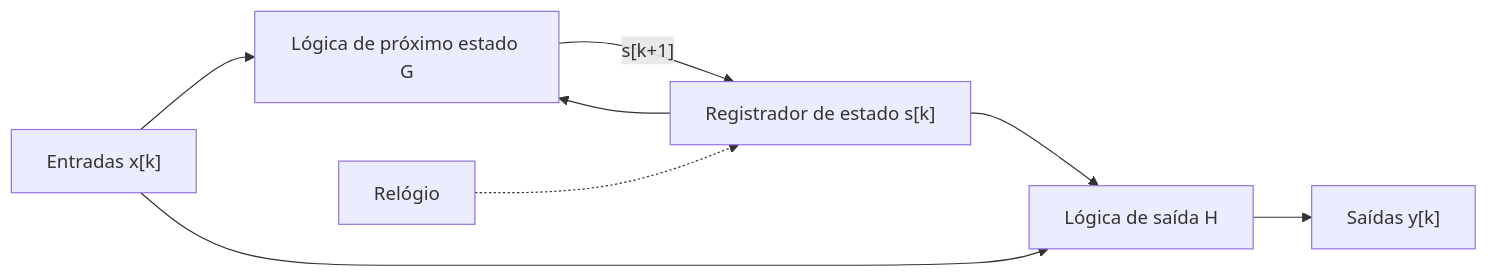
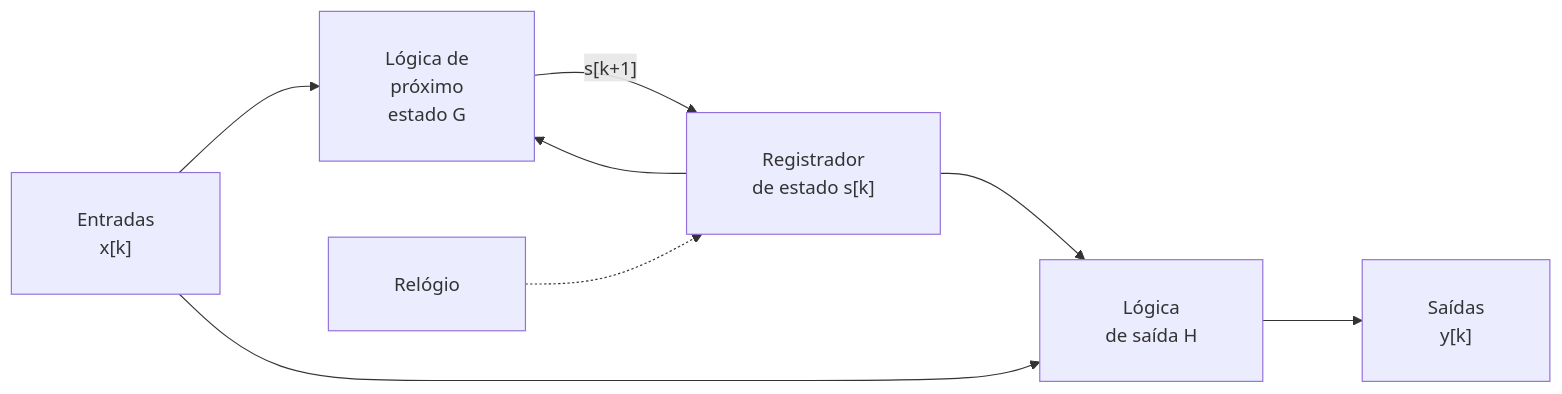
Before and after one commit to MathJSLab/mathjslab-markdown: the third of 6 diagrams in example/digital-electronics/pt/introduction-to-digital-electronics.md, drawn with Mermaid. The commit also changed other lines of this file and 2 other files, not shown here.

````diff
--- a/example/digital-electronics/pt/introduction-to-digital-electronics.md
+++ b/example/digital-electronics/pt/introduction-to-digital-electronics.md
@@ -457,10 +705,11 @@
 ```mermaid
+%%{init: {'themeVariables': {'fontSize': '16px'}, 'flowchart': {'nodeSpacing': 65, 'rankSpacing': 85, 'padding': 28, 'htmlLabels': true}}}%%
 flowchart LR
-    X["Entradas x[k]"] --> G["Lógica de próximo estado G"]
-    S["Registrador de estado s[k]"] --> G
+    X["Entradas<br/>x[k]"] --> G["Lógica de<br/>próximo<br/>estado G"]
+    S["Registrador<br/>de estado s[k]"] --> G
     G -->|"s[k+1]"| S
-    S --> H["Lógica de saída H"]
+    S --> H["Lógica<br/>de saída H"]
     X --> H
-    H --> Y["Saídas y[k]"]
+    H --> Y["Saídas<br/>y[k]"]
     CLK["Relógio"] -.-> S
 ```
````
